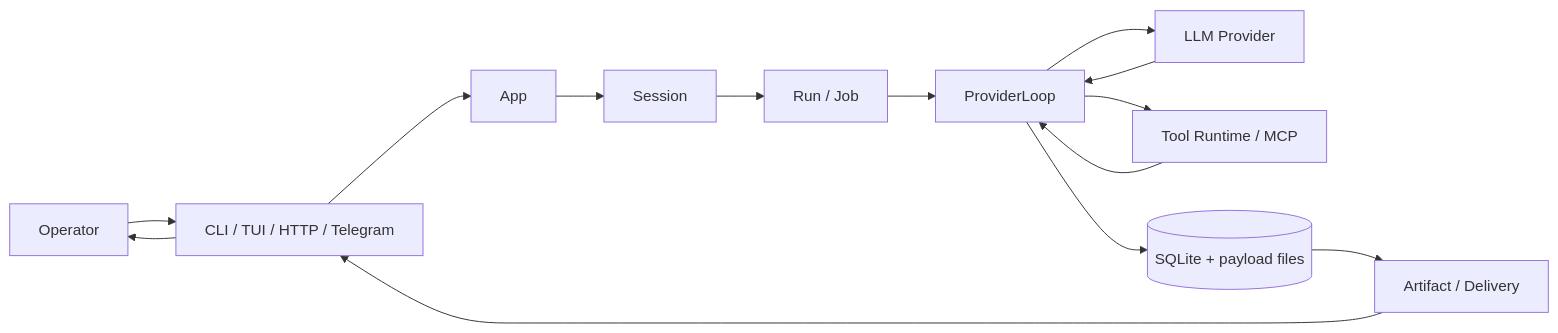
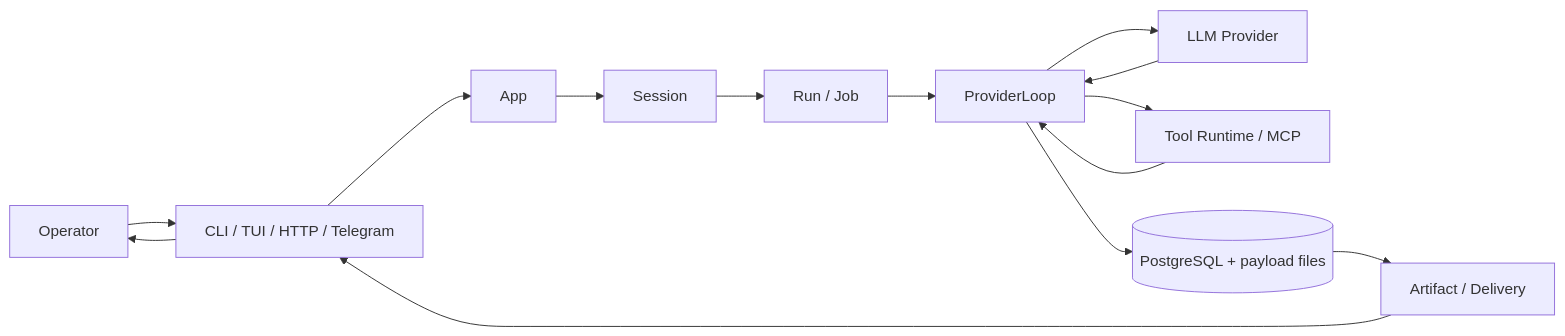
The diagram in docs/current/17-runtime-mental-model.md (galiakhmetovc/scaling-lamp), drawn with Mermaid before and after one commit. The commit also changed other lines of this file and 78 other files, not shown here.

Commit message:
Migrate runtime store to PostgreSQL

````diff
--- a/docs/current/17-runtime-mental-model.md
+++ b/docs/current/17-runtime-mental-model.md
@@ -15,27 +15,27 @@
 ```mermaid
 flowchart LR
     Operator[Operator]
     Surface[CLI / TUI / HTTP / Telegram]
     App[App]
     Session[Session]
     Run[Run / Job]
     Loop[ProviderLoop]
     Provider[LLM Provider]
     Tool[Tool Runtime / MCP]
-    Store[(SQLite + payload files)]
+    Store[(PostgreSQL + payload files)]
     Artifact[Artifact / Delivery]
 
     Operator --> Surface
     Surface --> App
     App --> Session
     Session --> Run
     Run --> Loop
     Loop --> Provider
     Provider --> Loop
     Loop --> Tool
     Tool --> Loop
     Loop --> Store
     Store --> Artifact
     Artifact --> Surface
     Surface --> Operator
 ```
````
